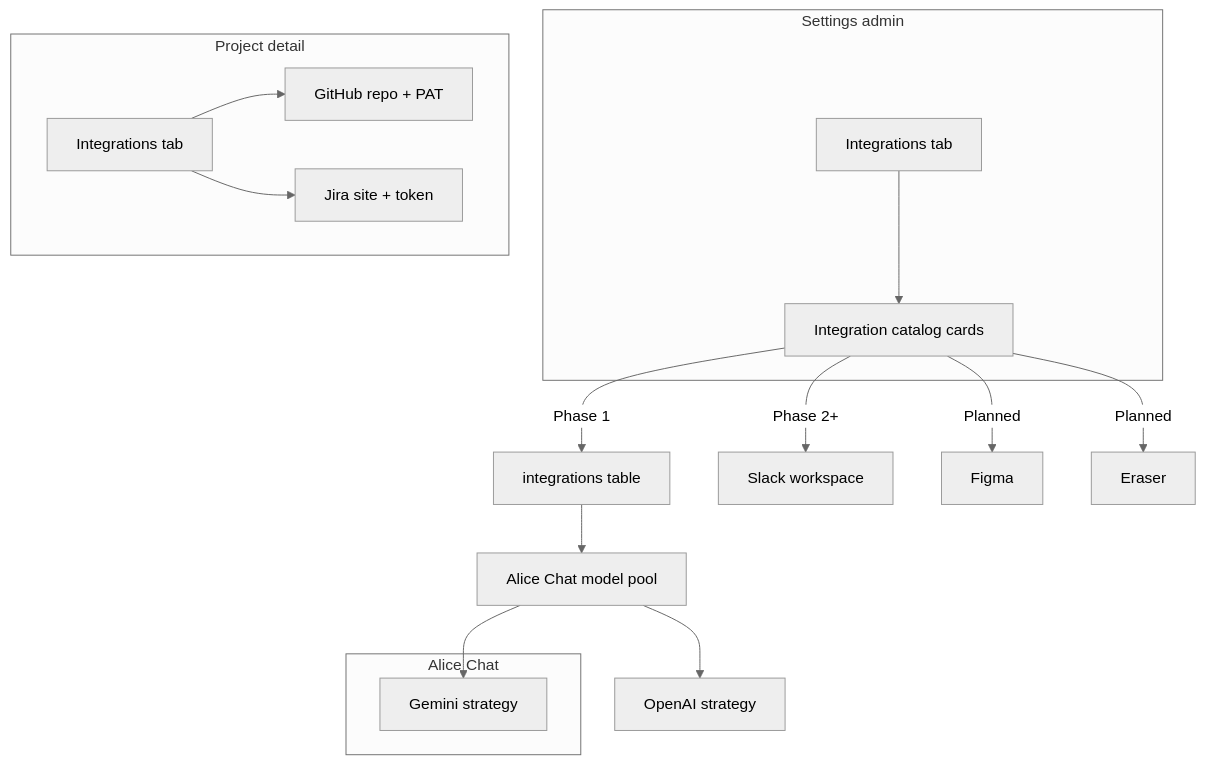
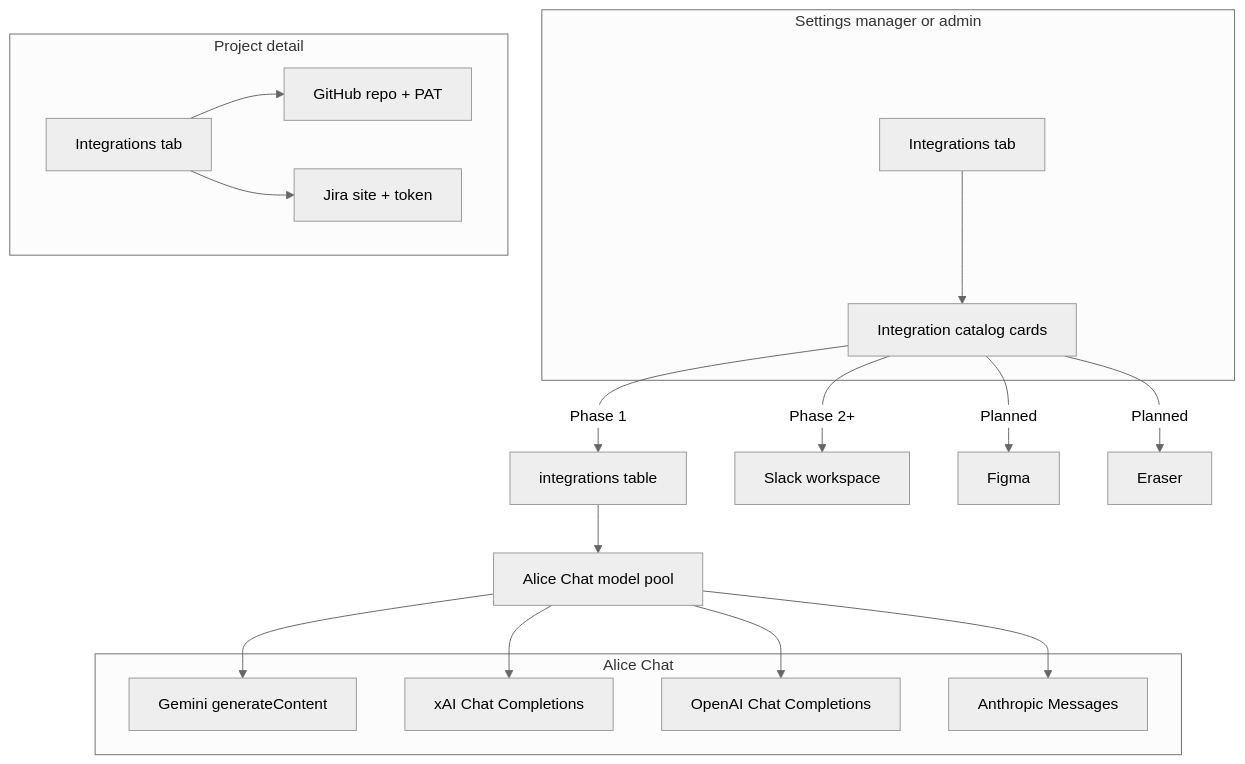
One commit to lizardkingLK/alice changed the first of 2 diagrams in docs/features/integrations/SETTINGS_INTEGRATIONS.md. Above: the diagram before and after it, drawn with Mermaid (neutral theme). The commit also changed other lines of this file and 12 other files, not shown here.

````diff
--- a/docs/features/integrations/SETTINGS_INTEGRATIONS.md
+++ b/docs/features/integrations/SETTINGS_INTEGRATIONS.md
@@ -54,22 +62,27 @@
 ```mermaid
 flowchart TB
-  subgraph settings [Settings admin]
+  subgraph settings [Settings manager or admin]
     intTab["Integrations tab"]
     intTab --> catalog["Integration catalog cards"]
   end
   subgraph project [Project detail]
     projTab["Integrations tab"]
     projTab --> github["GitHub repo + PAT"]
     projTab --> jira["Jira site + token"]
   end
   subgraph chat [Alice Chat]
     gemini["Gemini generateContent"]
+    spacexai["xAI Chat Completions"]
+    openai["OpenAI Chat Completions"]
+    anthropic["Anthropic Messages"]
   end
   catalog -->|"Phase 1"| intTable["integrations table"]
   intTable --> chatModels["Alice Chat model pool"]
-  chatModels --> gemini["Gemini strategy"]
-  chatModels --> openai["OpenAI strategy"]
+  chatModels --> gemini
+  chatModels --> spacexai
+  chatModels --> openai
+  chatModels --> anthropic
   catalog -->|"Phase 2+"| slack["Slack workspace"]
   catalog -->|"Planned"| figma["Figma"]
   catalog -->|"Planned"| eraser["Eraser"]
 ```
````
